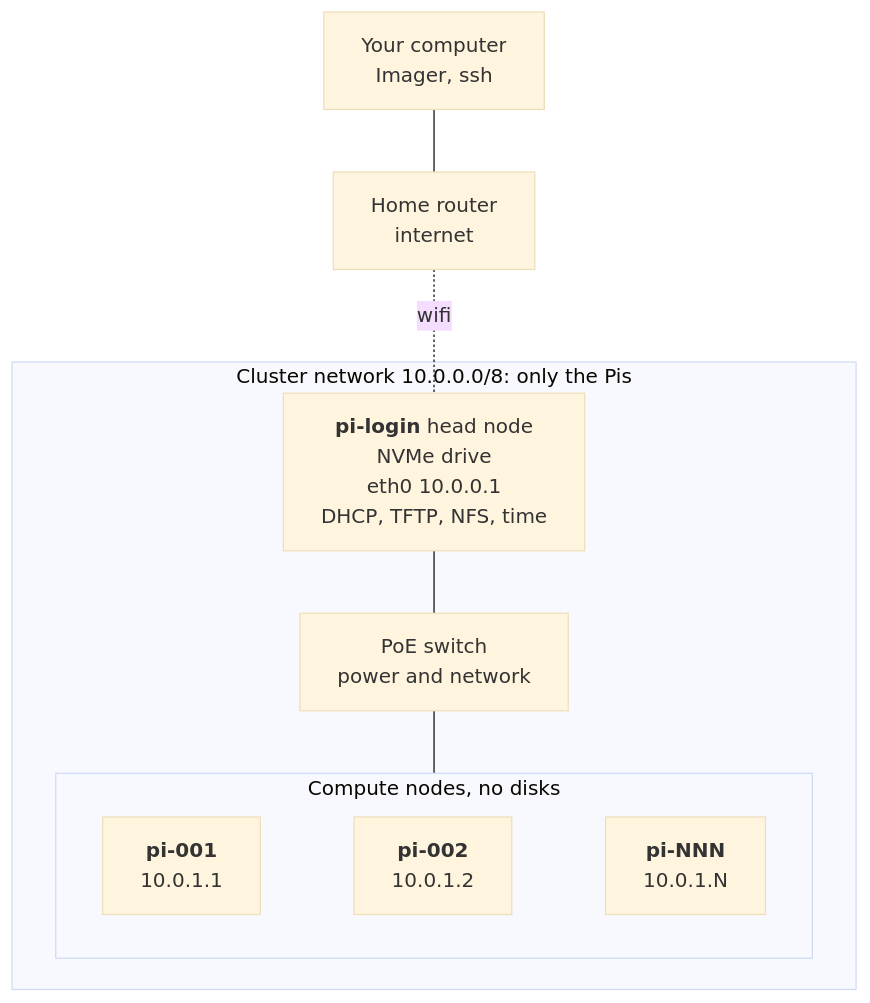
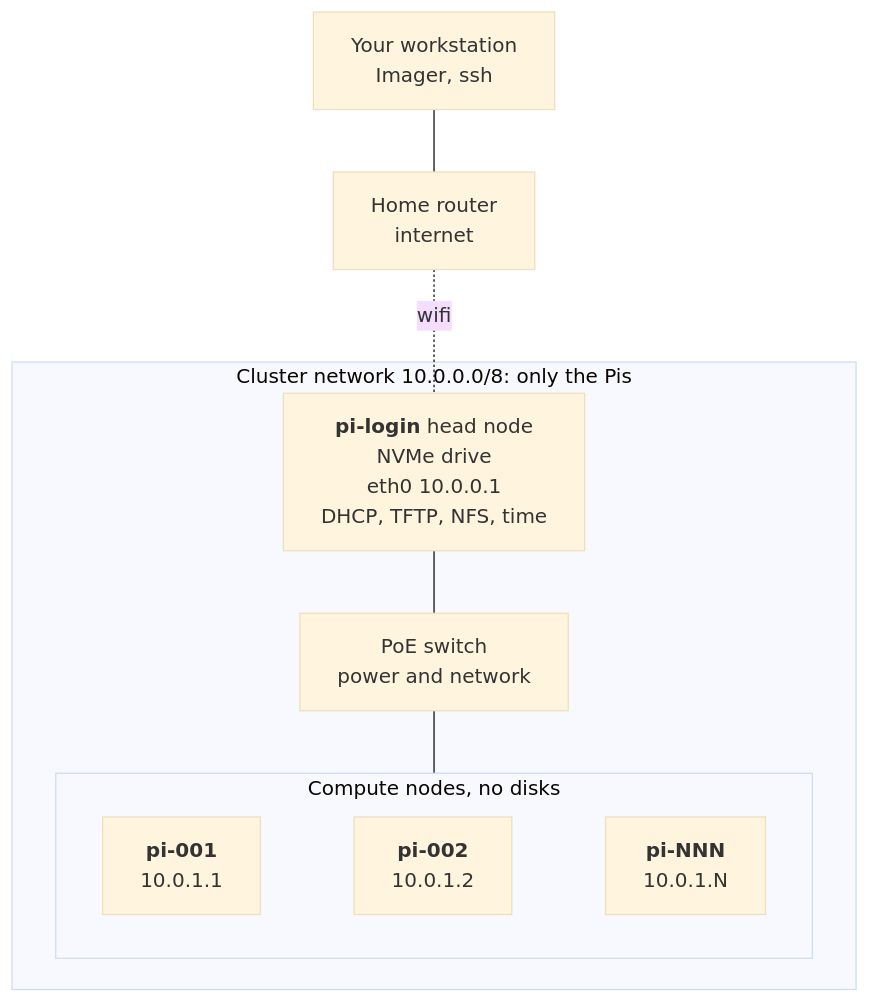
One commit to vincentl/pi-cluster changed the first of 2 diagrams in Readme.md. Above: the diagram before and after it, drawn with Mermaid (base theme). The commit also changed other lines of this file and 9 other files, not shown here.

````diff
--- a/Readme.md
+++ b/Readme.md
@@ -12,17 +13,17 @@
 ```mermaid
 flowchart TB
     accTitle: Cluster overview
-    accDescr: Your computer reaches the head node, pi-login, through your home router and wifi. The head node's Ethernet port joins a PoE switch that powers and connects the compute nodes, which have no disks.
-    you["Your computer<br/>Imager, ssh"] --- router["Home router<br/>internet"]
+    accDescr: Your workstation reaches the head node, pi-login, through your home router and wifi. The head node's Ethernet port joins a PoE switch that powers and connects the compute nodes, which have no disks.
+    you["Your workstation<br/>Imager, ssh"] --- router["Home router<br/>internet"]
     router -. wifi .- head
     subgraph cluster ["Cluster network 10.0.0.0/8: only the Pis"]
         head["<b>pi-login</b> head node<br/>NVMe drive<br/>eth0 10.0.0.1<br/>DHCP, TFTP, NFS, time"]
         head --- switch["PoE switch<br/>power and network"]
         switch --- nodes
         subgraph nodes ["Compute nodes, no disks"]
             direction LR
             %% invisible links keep the nodes in this order
             n1["<b>pi-001</b><br/>10.0.1.1"] ~~~ n2["<b>pi-002</b><br/>10.0.1.2"] ~~~ nn["<b>pi-NNN</b><br/>10.0.1.N"]
         end
     end
 ```
````
